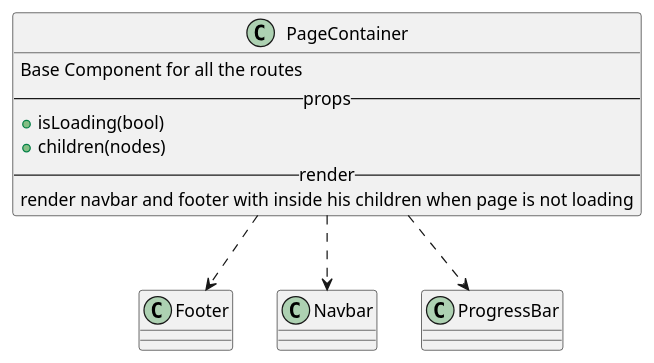
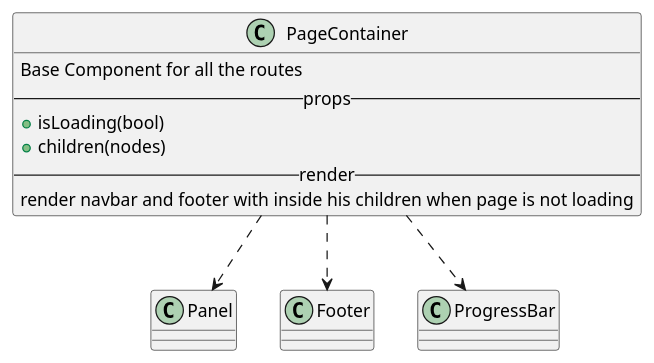
The diagram in react/custom/pageContainer.iuml (M9k/Marvin-Uml), drawn with PlantUML before and after one commit. The commit also changed 11 other files, not shown here.

```diff
--- a/react/custom/pageContainer.iuml
+++ b/react/custom/pageContainer.iuml
@@ -1,12 +1,11 @@
 class PageContainer{
     Base Component for all the routes
     --props--
         + isLoading(bool)
         + children(nodes)
     --render--
         render navbar and footer with inside his children when page is not loading
 }
-
+PageContainer ..> Panel
 PageContainer ..> Footer
-PageContainer ..> Navbar
 PageContainer ..> ProgressBar
```
